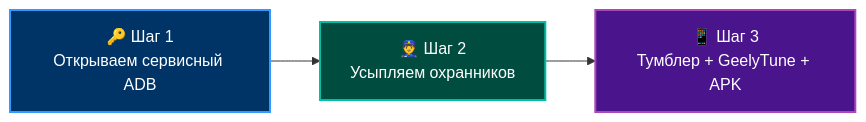
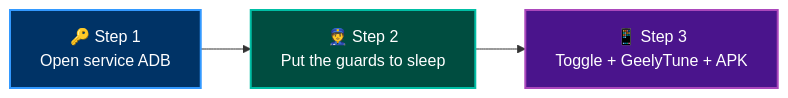
The diagram in README.md (FonixAU/ADB_Unlock), drawn with Mermaid before and after one commit. The commit also changed other lines of this file and 10 other files, not shown here.

````diff
--- a/README.md
+++ b/README.md
@@ -55,8 +55,8 @@
 ```mermaid
 graph LR
-    A["🔑 Шаг 1<br>Открываем сервисный ADB"] --> B["👮 Шаг 2<br>Усыпляем охранников"]
-    B --> C["📱 Шаг 3<br>Тумблер + GeelyTune + APK"]
+    A["🔑 Step 1<br>Open service ADB"] --> B["👮 Step 2<br>Put the guards to sleep"]
+    B --> C["📱 Step 3<br>Toggle + GeelyTune + APK"]
     style A fill:#003366,stroke:#3399ff,stroke-width:2px,color:#fff
     style B fill:#004d40,stroke:#00bfa5,stroke-width:2px,color:#fff
     style C fill:#4a148c,stroke:#ab47bc,stroke-width:2px,color:#fff
 ```
````
